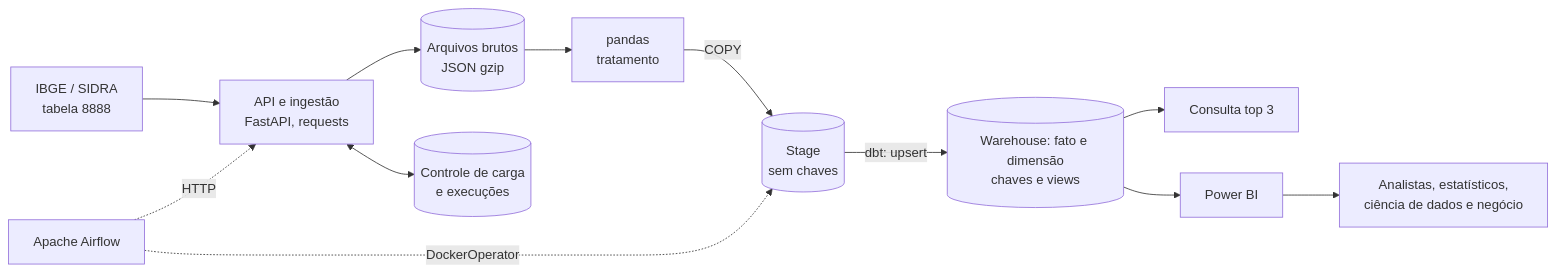
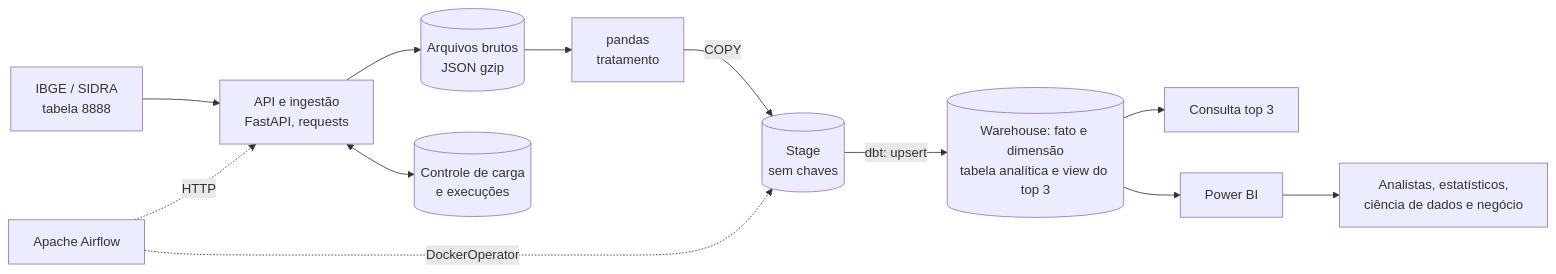
Before and after one commit to alexdesousapereira/processo-fiec-engenheiro-dados-II: the first of 3 diagrams in docs/arquitetura/ARQUITETURA.md, drawn with Mermaid. The commit also changed other lines of this file and 2 other files, not shown here.

Commit message:
docs: README, ADR 0005 e arquitetura com a view única do top 3

````diff
--- a/docs/arquitetura/ARQUITETURA.md
+++ b/docs/arquitetura/ARQUITETURA.md
@@ -50,14 +50,14 @@
 ```mermaid
 flowchart LR
     IBGE["IBGE / SIDRA<br/>tabela 8888"] --> EXT["API e ingestão<br/>FastAPI, requests"]
     EXT --> RAW[("Arquivos brutos<br/>JSON gzip")]
     RAW --> TRT["pandas<br/>tratamento"]
     TRT -->|COPY| STG[("Stage<br/>sem chaves")]
-    STG -->|"dbt: upsert"| DW[("Warehouse: fato e dimensão<br/>chaves e views")]
+    STG -->|"dbt: upsert"| DW[("Warehouse: fato e dimensão<br/>tabela analítica e view do top 3")]
     DW --> SQL["Consulta top 3"]
     DW --> BI["Power BI"]
     BI --> USR["Analistas, estatísticos,<br/>ciência de dados e negócio"]
     EXT <--> CTL[("Controle de carga<br/>e execuções")]
     AF["Apache Airflow"] -.->|HTTP| EXT
     AF -.->|DockerOperator| STG
 ```
````
